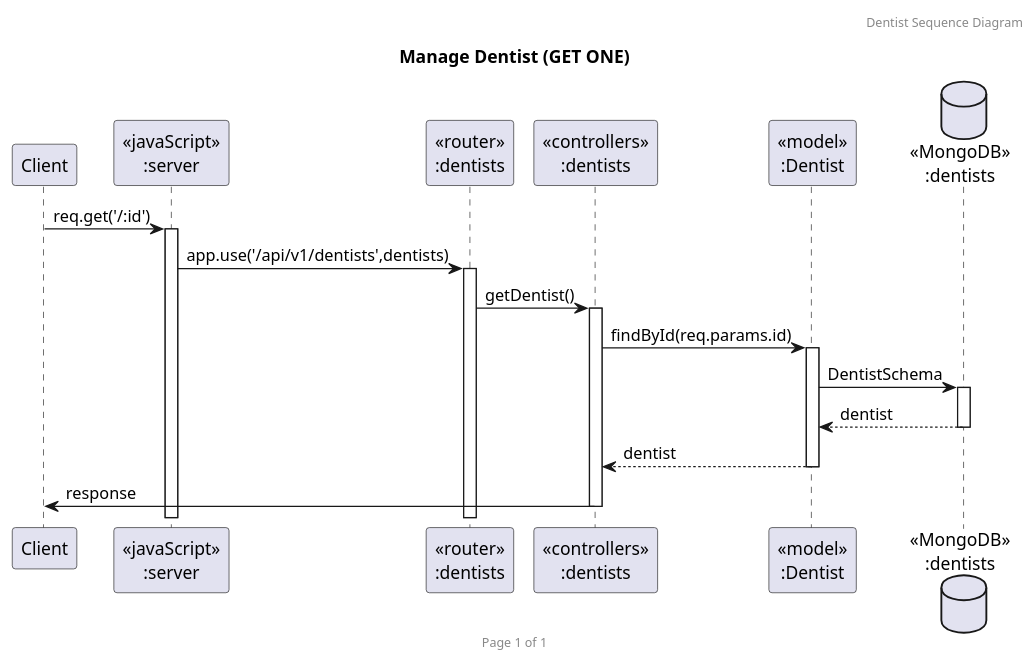
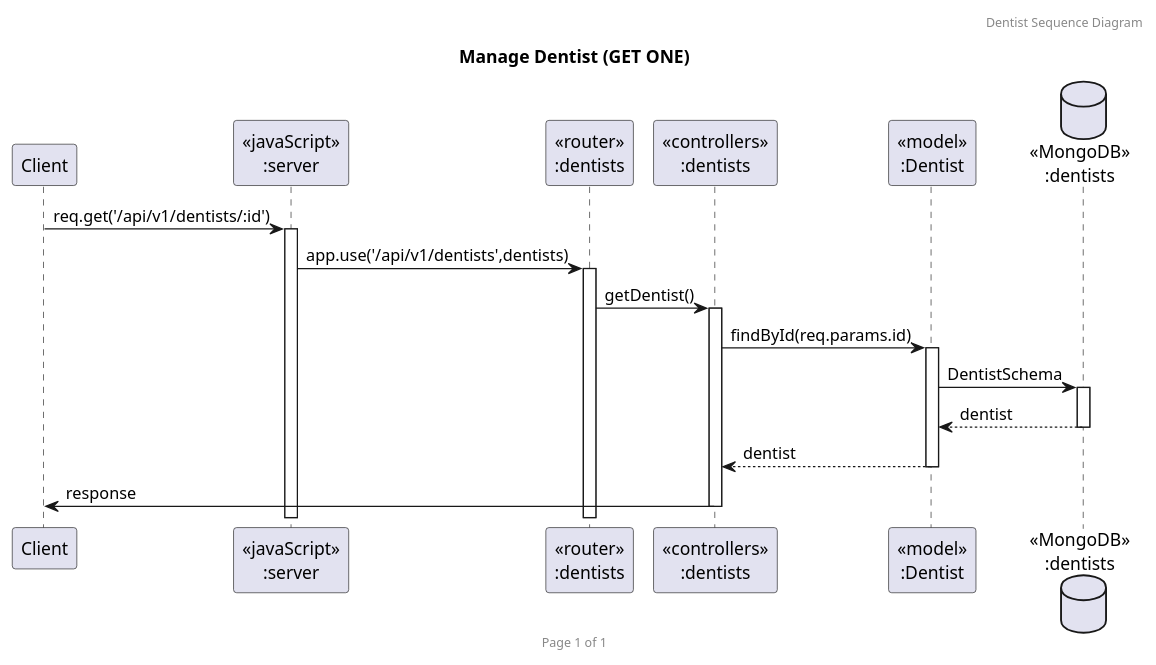
Before and after one commit to 2110503TACEDT66/presentation-day-1-privacy: the diagram in SequenceDiagram/dentgetone.puml, drawn with PlantUML. The commit also changed 16 other files, not shown here.

Commit message:
edit sequenceDiagram

```diff
--- a/SequenceDiagram/dentgetone.puml
+++ b/SequenceDiagram/dentgetone.puml
@@ -1,23 +1,23 @@
 @startuml Manage Dentist (GET ONE)
 
 header Dentist Sequence Diagram
 footer Page %page% of %lastpage%
 title "Manage Dentist (GET ONE)"
 
 participant "Client" as client
 participant "<<javaScript>>\n:server" as server
 participant "<<router>>\n:dentists" as routerDentists
 participant "<<controllers>>\n:dentists" as controllersDentists
 participant "<<model>>\n:Dentist" as modelDentists
 database "<<MongoDB>>\n:dentists" as DentistsDatabase
 
-client->server ++:req.get('/:id')
+client->server ++:req.get('/api/v1/dentists/:id')
 server->routerDentists ++:app.use('/api/v1/dentists',dentists)
 routerDentists -> controllersDentists ++:getDentist()
 controllersDentists->modelDentists ++:findById(req.params.id)
 modelDentists ->DentistsDatabase ++:DentistSchema
 DentistsDatabase --> modelDentists --:dentist
 controllersDentists <-- modelDentists --:dentist
 controllersDentists->client --:response
 
 @enduml
```
